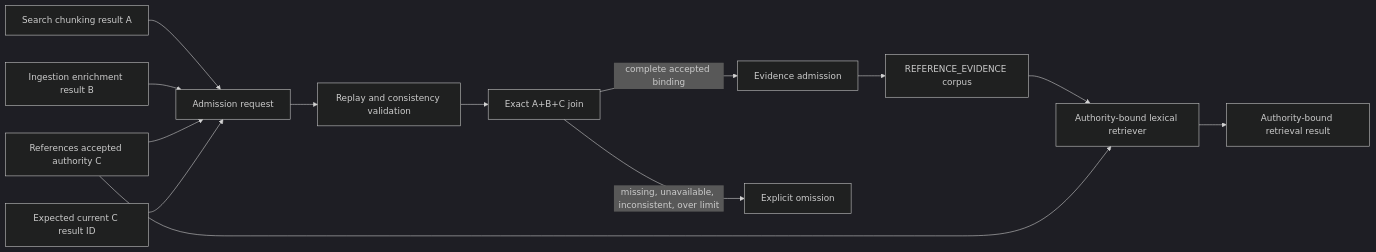
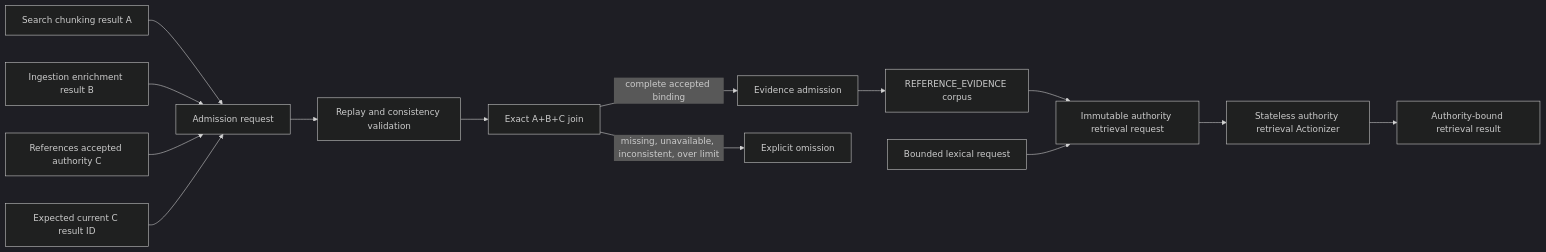
Before and after one commit to eragasa/projectkoios-search: the diagram in docs/architecture/projectkoios/search/authority_bound_evidence/schematic.md, drawn with Mermaid (dark theme). The commit also changed 12 other files, not shown here.

````diff
--- a/docs/architecture/projectkoios/search/authority_bound_evidence/schematic.md
+++ b/docs/architecture/projectkoios/search/authority_bound_evidence/schematic.md
@@ -3,15 +3,16 @@
 ```mermaid
 flowchart LR
     A[Search chunking result A] --> Q[Admission request]
     B[Ingestion enrichment result B] --> Q
     C[References accepted authority C] --> Q
     E[Expected current C result ID] --> Q
     Q --> V[Replay and consistency validation]
     V --> J[Exact A+B+C join]
     J -->|complete accepted binding| I[Evidence admission]
     J -->|missing, unavailable, inconsistent, over limit| O[Explicit omission]
     I --> P[REFERENCE_EVIDENCE corpus]
-    P --> R[Authority-bound lexical retriever]
-    C --> R
+    P --> T[Immutable authority retrieval request]
+    L[Bounded lexical request] --> T
+    T --> R[Stateless authority retrieval Actionizer]
     R --> X[Authority-bound retrieval result]
 ```
````
